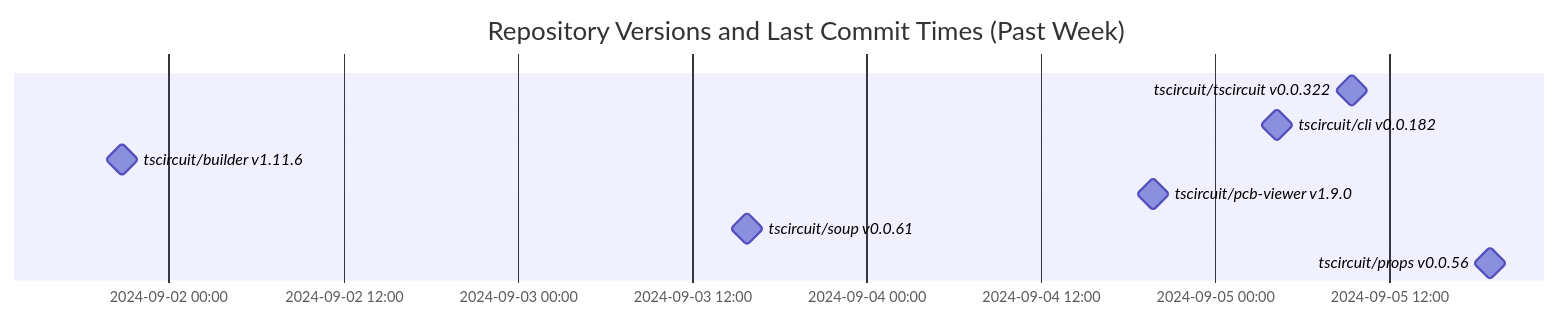
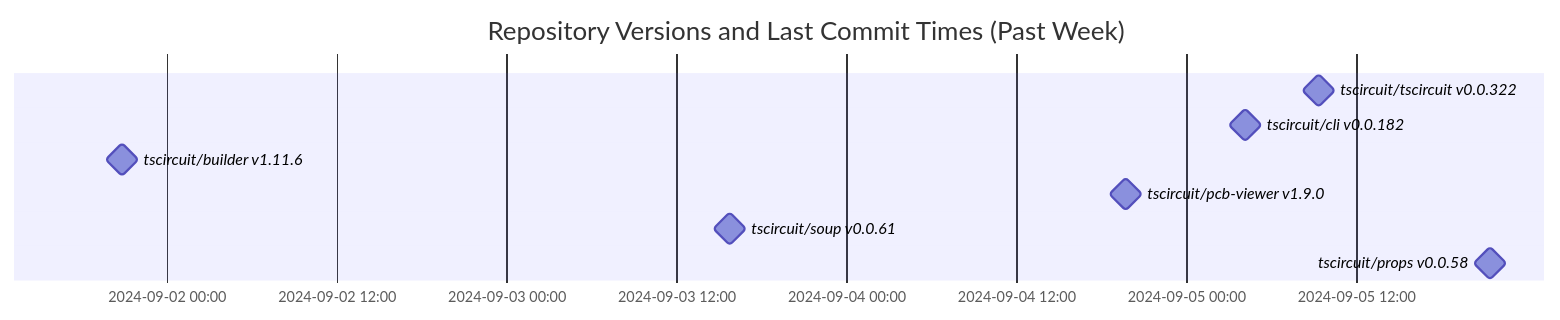
Before and after one commit to tscircuit/version-tracker: the diagram in README.md, drawn with Mermaid.

Commit message:
Update chart

````diff
--- a/README.md
+++ b/README.md
@@ -1,13 +1,13 @@
 ```mermaid
 gantt
   dateFormat  YYYY-MM-DD HH:mm:ss
   title Repository Versions and Last Commit Times (Past Week)
   axisFormat %Y-%m-%d %H:%M
 
   tscircuit/tscircuit v0.0.322 : milestone, 2024-09-05 09:22:41, 1s
   tscircuit/cli v0.0.182 : milestone, 2024-09-05 04:10:53, 1s
   tscircuit/builder v1.11.6 : milestone, 2024-09-01 20:47:46, 1s
   tscircuit/pcb-viewer v1.9.0 : milestone, 2024-09-04 19:45:38, 1s
   tscircuit/soup v0.0.61 : milestone, 2024-09-03 15:44:43, 1s
-  tscircuit/props v0.0.56 : milestone, 2024-09-05 18:53:17, 1s
+  tscircuit/props v0.0.58 : milestone, 2024-09-05 21:30:29, 1s
 ```
````
